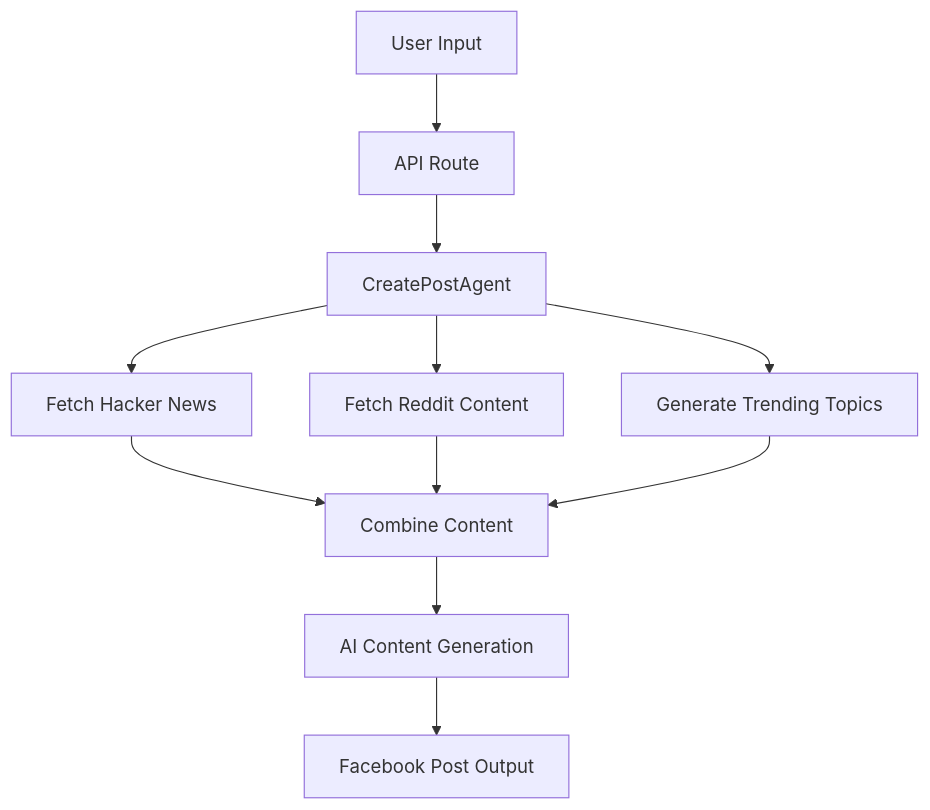
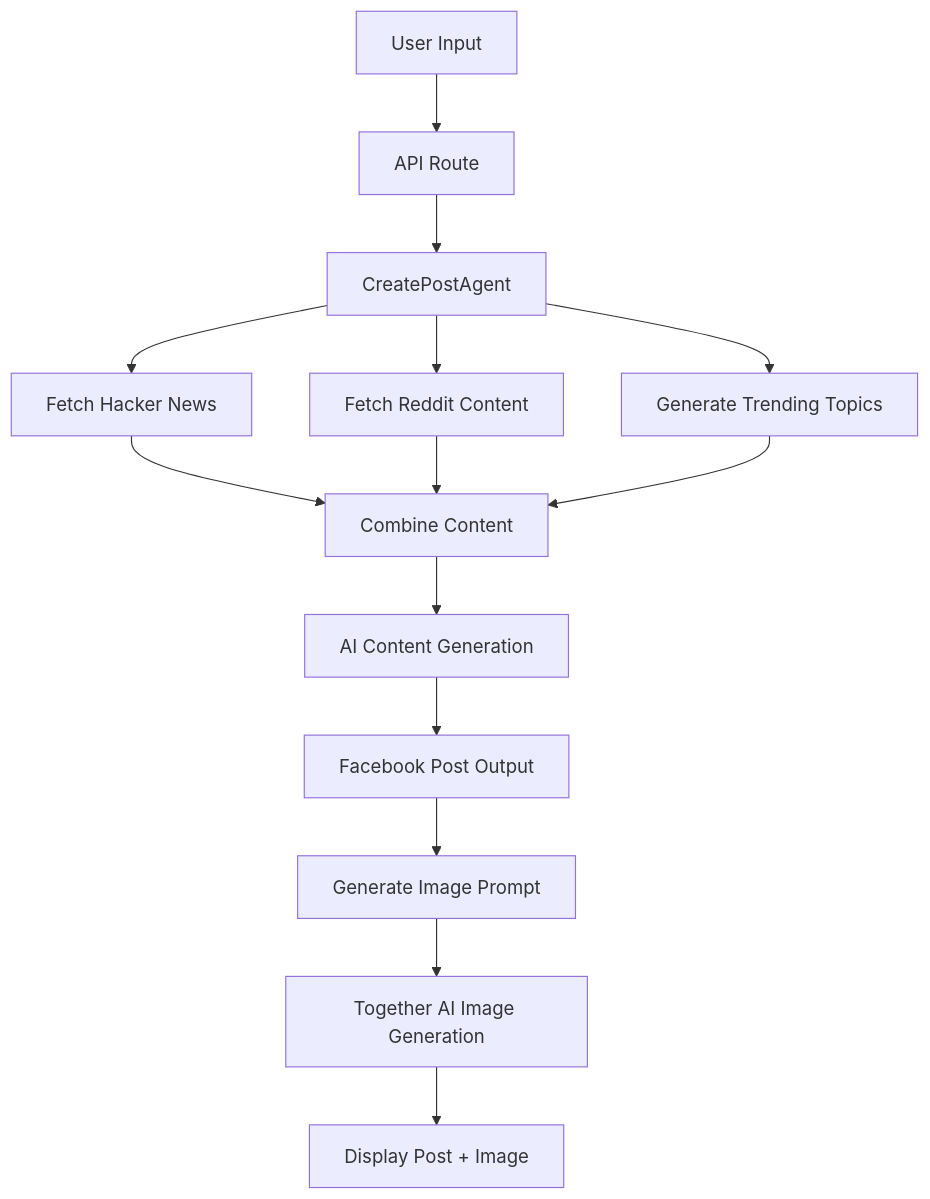
The diagram in README.md (shahriar-ridom/abcd-automation), drawn with Mermaid before and after one commit. The commit also changed other lines of this file, not shown here.

````diff
--- a/README.md
+++ b/README.md
@@ -76,13 +81,16 @@
 ```mermaid
 graph TD
     A[User Input] --> B[API Route]
     B --> C[CreatePostAgent]
     C --> D[Fetch Hacker News]
     C --> E[Fetch Reddit Content]
     C --> F[Generate Trending Topics]
     D --> G[Combine Content]
     E --> G
     F --> G
     G --> H[AI Content Generation]
     H --> I[Facebook Post Output]
+    I --> J[Generate Image Prompt]
+    J --> K[Together AI Image Generation]
+    K --> L[Display Post + Image]
 ```
````
